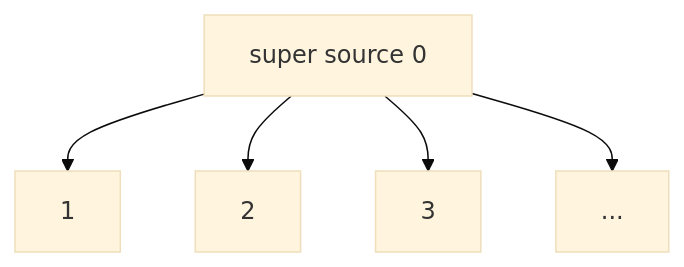
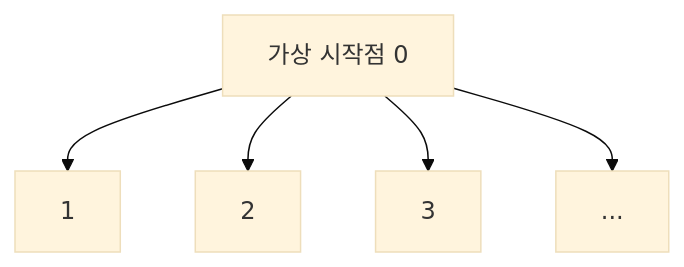
Before and after one commit to mandoobox/mandoobox.github.io: the second of 3 diagrams in _posts/algorithm/2026-03-07-bellman-ford.md, drawn with Mermaid (base theme). The commit also changed other lines of this file and 24 other files, not shown here.

Commit message:
feat: mermaid kr

````diff
--- a/_posts/algorithm/2026-03-07-bellman-ford.md
+++ b/_posts/algorithm/2026-03-07-bellman-ford.md
@@ -265,7 +268,7 @@
 ```mermaid
 flowchart TD
-    S["super source 0"] --> A["1"]
+    S["가상 시작점 0"] --> A["1"]
     S --> B["2"]
     S --> C["3"]
     S --> D["..."]
 ```
````
